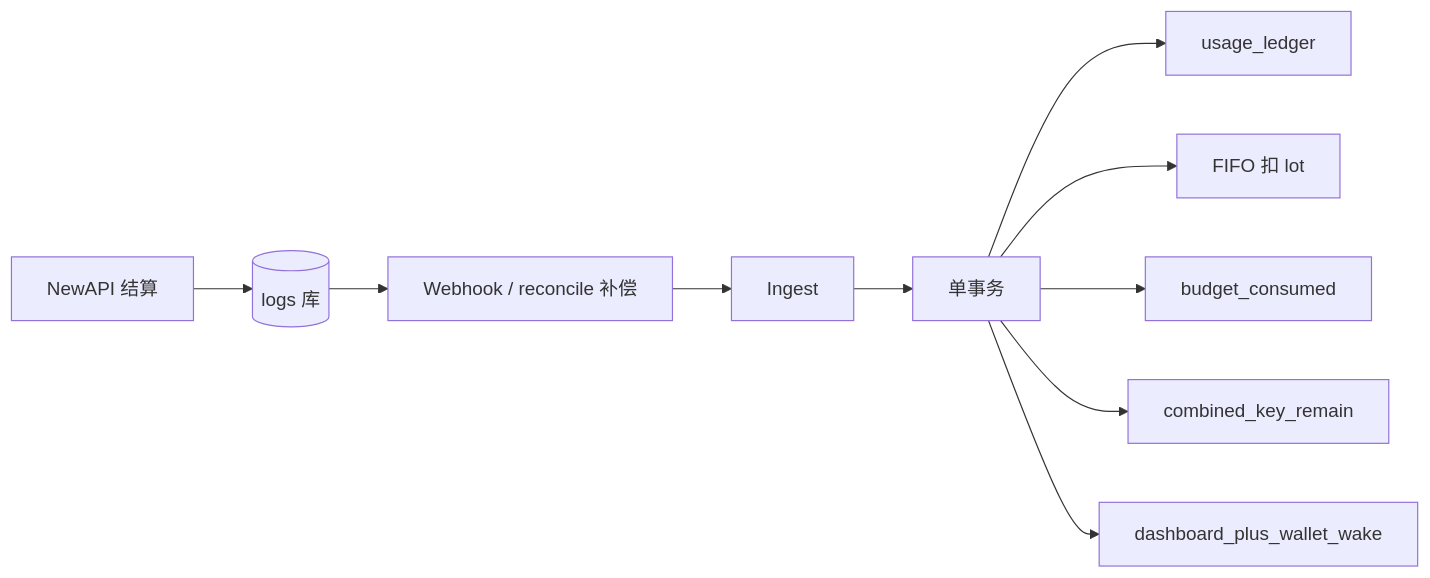
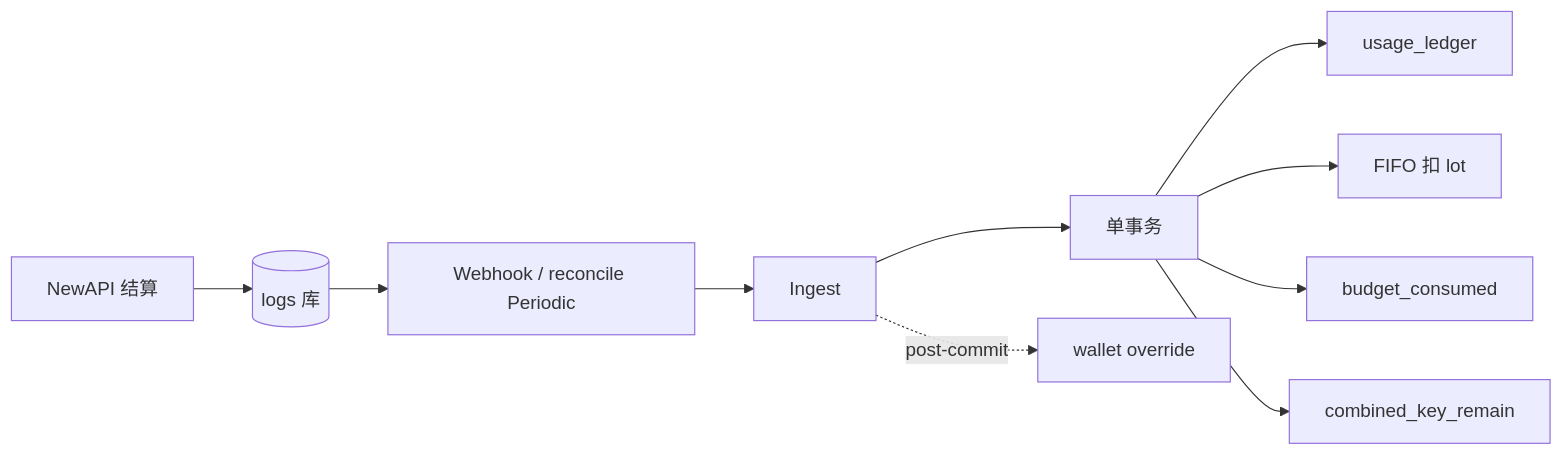
One commit to quyip8818/mytokenjoy changed the seventh of 10 diagrams in apps/docs/Backend-预算.md. Above: the diagram before and after it, drawn with Mermaid. The commit also changed other lines of this file and 33 other files, not shown here.

````diff
--- a/apps/docs/Backend-预算.md
+++ b/apps/docs/Backend-预算.md
@@ -306,12 +306,12 @@
 ```mermaid
 flowchart LR
   NA[NewAPI 结算] --> LOGS[(logs 库)]
-  LOGS --> WH[Webhook / reconcile 补偿]
+  LOGS --> WH[Webhook / reconcile Periodic]
   WH --> ING[Ingest]
   ING --> TX[单事务]
   TX --> L[usage_ledger]
   TX --> F[FIFO 扣 lot]
   TX --> BC[budget_consumed]
   TX --> CK[combined_key_remain]
-  TX --> Q[dashboard_plus_wallet_wake]
+  ING -.->|post-commit| WS[wallet override]
 ```
````
